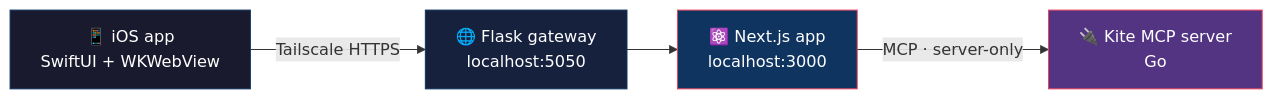
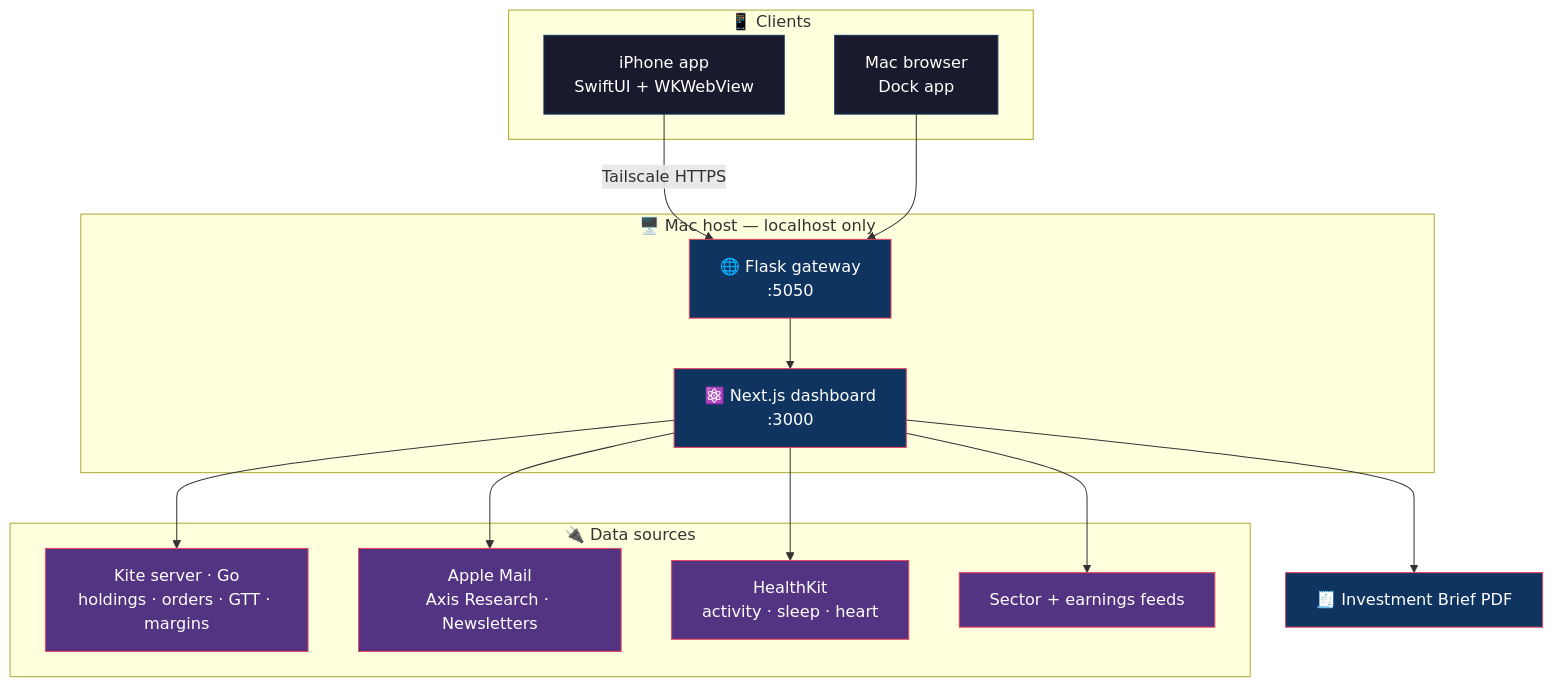
Before and after one commit to aditya-narayana-sharma/aditya-narayana-sharma: the diagram in README.md, drawn with Mermaid. The commit also changed other lines of this file, not shown here.

````diff
--- a/README.md
+++ b/README.md
@@ -76,10 +74,35 @@
 ```mermaid
-flowchart LR
-    A["📱 iOS app<br/>SwiftUI + WKWebView"] -->|Tailscale HTTPS| B["🌐 Flask gateway<br/>localhost:5050"]
-    B --> C["⚛️ Next.js app<br/>localhost:3000"]
-    C -->|MCP · server-only| D["🔌 Kite MCP server<br/>Go"]
-    style A fill:#1a1a2e,stroke:#0f3460,color:#fff
-    style B fill:#16213e,stroke:#0f3460,color:#fff
-    style C fill:#0f3460,stroke:#e94560,color:#fff
-    style D fill:#533483,stroke:#e94560,color:#fff
+flowchart TD
+    subgraph CLIENTS["📱 Clients"]
+        IOS["iPhone app<br/>SwiftUI + WKWebView"]
+        MACB["Mac browser<br/>Dock app"]
+    end
+
+    subgraph HOST["🖥️ Mac host — localhost only"]
+        GW["🌐 Flask gateway<br/>:5050"]
+        APP["⚛️ Next.js dashboard<br/>:3000"]
+    end
+
+    subgraph SOURCES["🔌 Data sources"]
+        KITE["Kite server · Go<br/>holdings · orders · GTT · margins"]
+        MAIL["Apple Mail<br/>Axis Research · Newsletters"]
+        HK["HealthKit<br/>activity · sleep · heart"]
+        MKT["Sector + earnings feeds"]
+    end
+
+    IOS -->|"Tailscale HTTPS"| GW
+    MACB --> GW
+    GW --> APP
+    APP --> KITE
+    APP --> MAIL
+    APP --> HK
+    APP --> MKT
+    APP --> PDF["🧾 Investment Brief PDF"]
+
+    classDef client fill:#1a1a2e,stroke:#0f3460,color:#ffffff
+    classDef host fill:#0f3460,stroke:#e94560,color:#ffffff
+    classDef src fill:#533483,stroke:#e94560,color:#ffffff
+    class IOS,MACB client
+    class GW,APP,PDF host
+    class KITE,MAIL,HK,MKT src
 ```
````
